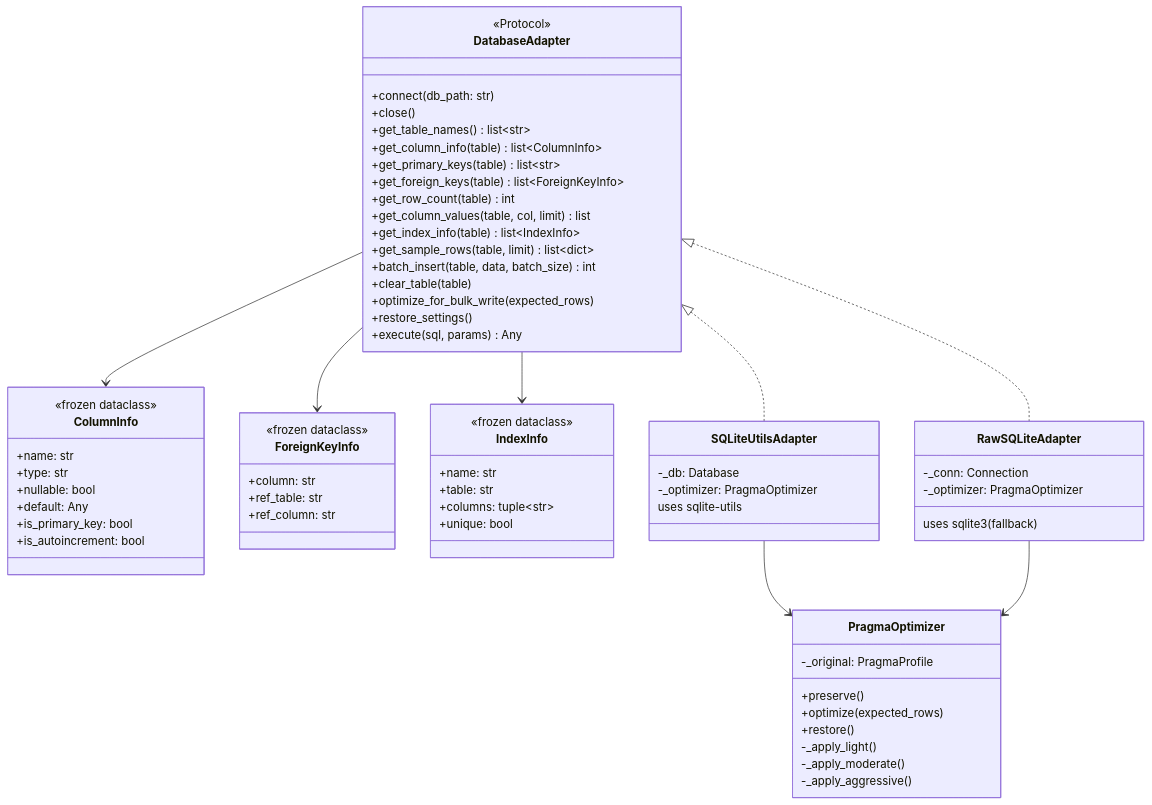
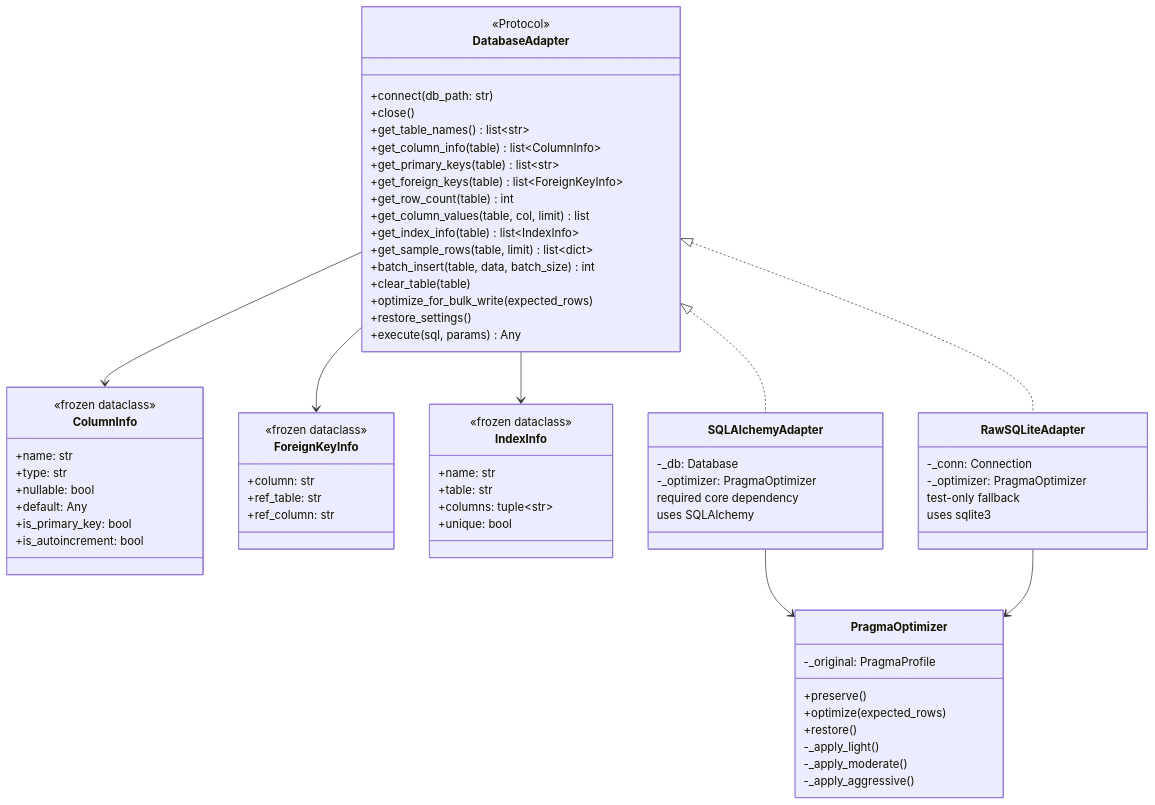
Before and after one commit to sunbos/sqlseed: the fifth of 11 diagrams in docs/architecture.md, drawn with Mermaid. The commit also changed other lines of this file and 185 other files, not shown here.

Commit message:
pre-opt: database features (SQLAlchemyAdapter, PostgreSQL), tests, docs, optimization design specs

````diff
--- a/docs/architecture.md
+++ b/docs/architecture.md
@@ -318,76 +330,78 @@
 ```mermaid
 classDiagram
     class DatabaseAdapter {
         <<Protocol>>
         +connect(db_path: str)
         +close()
         +get_table_names() list~str~
         +get_column_info(table) list~ColumnInfo~
         +get_primary_keys(table) list~str~
         +get_foreign_keys(table) list~ForeignKeyInfo~
         +get_row_count(table) int
         +get_column_values(table, col, limit) list
         +get_index_info(table) list~IndexInfo~
         +get_sample_rows(table, limit) list~dict~
         +batch_insert(table, data, batch_size) int
         +clear_table(table)
         +optimize_for_bulk_write(expected_rows)
         +restore_settings()
         +execute(sql, params) Any
     }
 
     class ColumnInfo {
         <<frozen dataclass>>
         +name: str
         +type: str
         +nullable: bool
         +default: Any
         +is_primary_key: bool
         +is_autoincrement: bool
     }
 
     class ForeignKeyInfo {
         <<frozen dataclass>>
         +column: str
         +ref_table: str
         +ref_column: str
     }
 
     class IndexInfo {
         <<frozen dataclass>>
         +name: str
         +table: str
         +columns: tuple~str~
         +unique: bool
     }
 
-    class SQLiteUtilsAdapter {
+    class SQLAlchemyAdapter {
         -_db: Database
         -_optimizer: PragmaOptimizer
-        uses sqlite-utils
+        required core dependency
+        uses SQLAlchemy
     }
 
     class RawSQLiteAdapter {
         -_conn: Connection
         -_optimizer: PragmaOptimizer
-        uses sqlite3 (fallback)
+        test-only fallback
+        uses sqlite3
     }
 
     class PragmaOptimizer {
         -_original: PragmaProfile
         +preserve()
         +optimize(expected_rows)
         +restore()
         -_apply_light()
         -_apply_moderate()
         -_apply_aggressive()
     }
 
-    DatabaseAdapter <|.. SQLiteUtilsAdapter
+    DatabaseAdapter <|.. SQLAlchemyAdapter
     DatabaseAdapter <|.. RawSQLiteAdapter
-    SQLiteUtilsAdapter --> PragmaOptimizer
+    SQLAlchemyAdapter --> PragmaOptimizer
     RawSQLiteAdapter --> PragmaOptimizer
     DatabaseAdapter --> ColumnInfo
     DatabaseAdapter --> ForeignKeyInfo
     DatabaseAdapter --> IndexInfo
 ```
````
